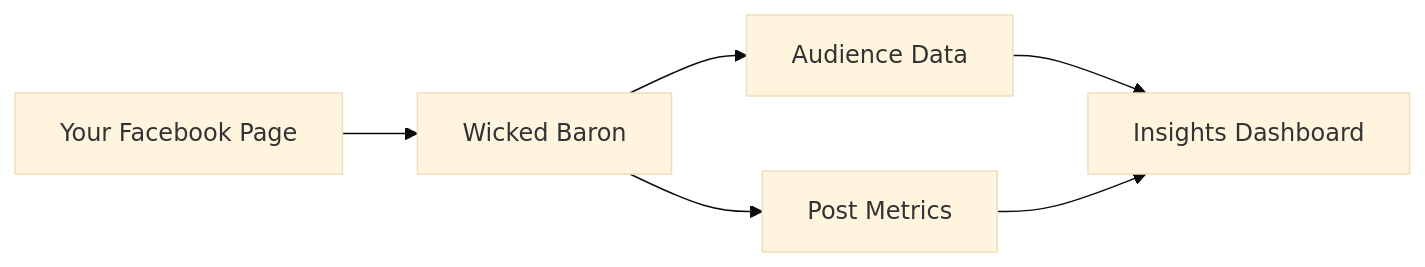
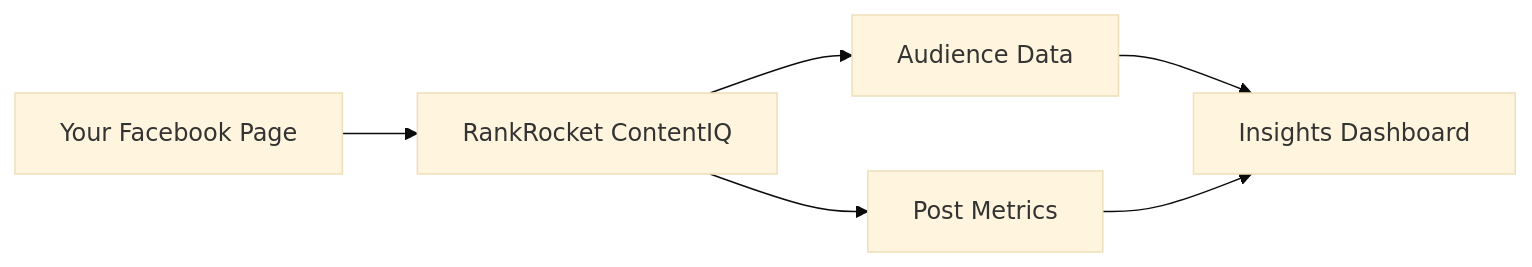
One commit to documentation-ai-managed/docs-wicked-baron changed the diagram in introduction.mdx. Above: the diagram before and after it, drawn with Mermaid (base theme). The commit also changed other lines of this file and 9 other files, not shown here.

Commit message:
Documentation Updated Through Editor  by Wicked Baron

````diff
--- a/introduction.mdx
+++ b/introduction.mdx
@@ -36,8 +36,8 @@
 ```mermaid
 graph LR
-    A[Your Facebook Page] --> B[Wicked Baron]
+    A[Your Facebook Page] --> B[RankRocket ContentIQ]
     B --> C[Audience Data]
     B --> D[Post Metrics]
     C --> E[Insights Dashboard]
     D --> E
 ```
````
